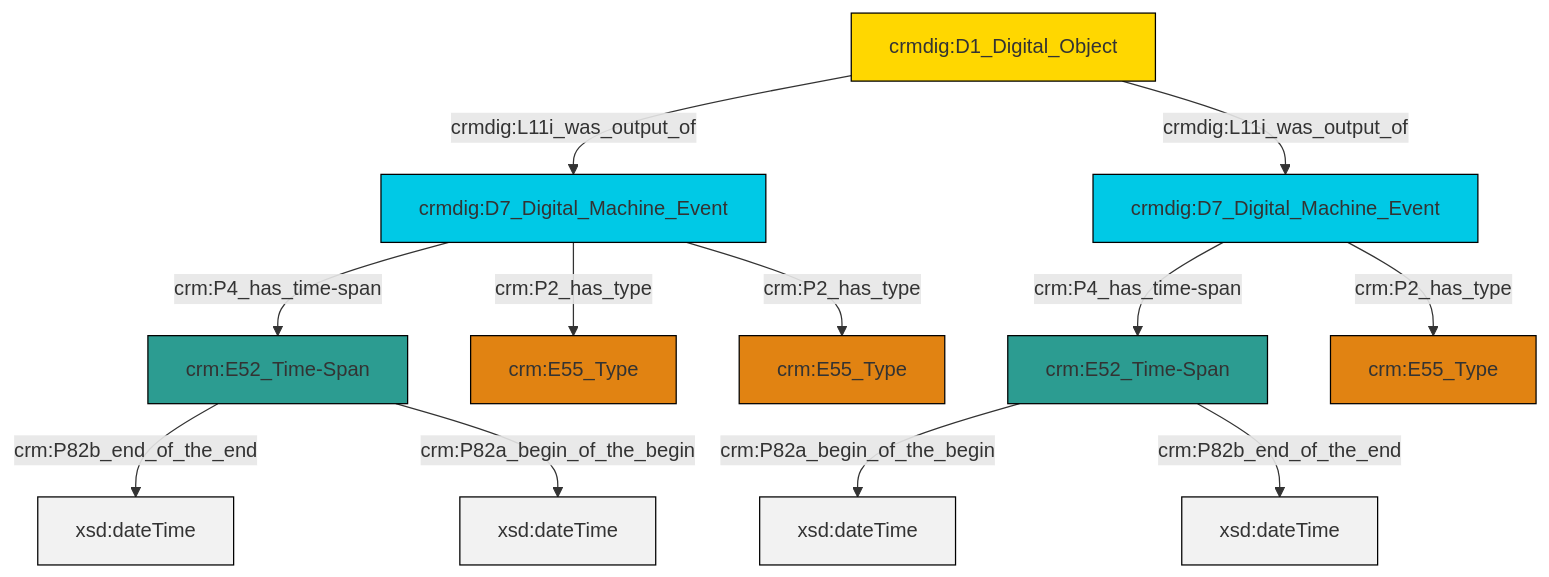
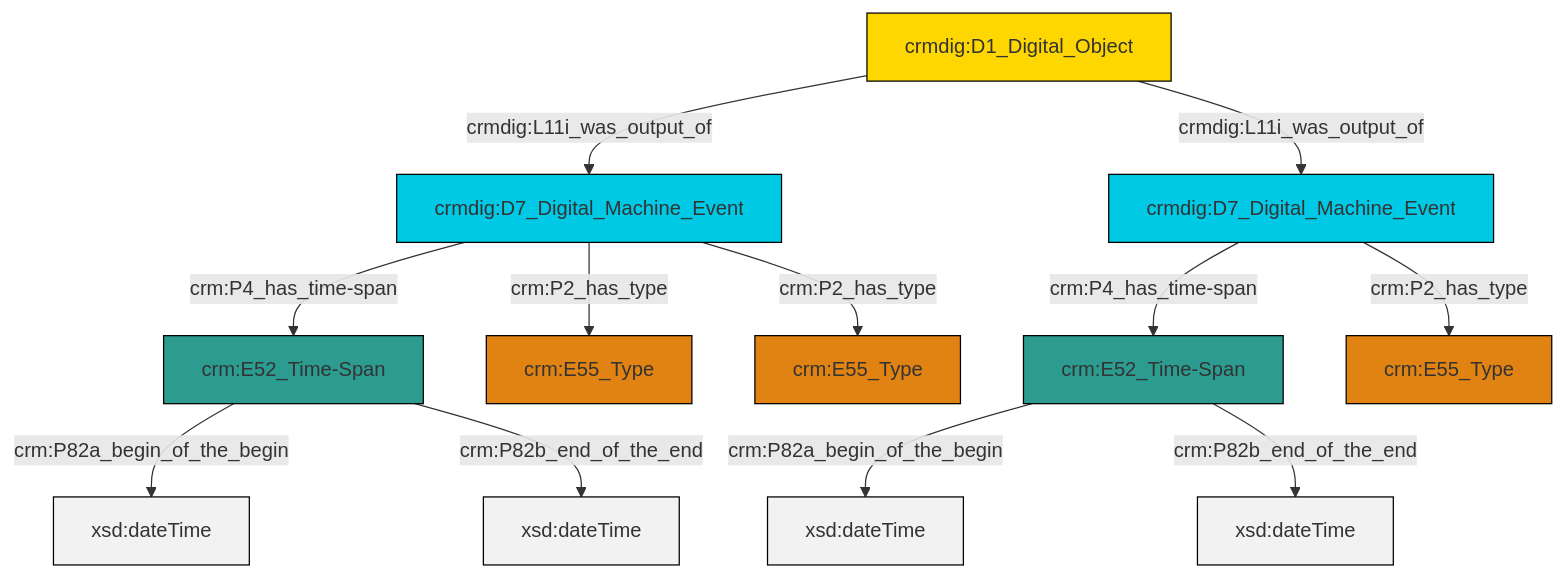
The diagram in et/doCSV/ttl/mmd/do_existence.ttl.mmd (swiss-art-research-net/docs.swissartresearch), drawn with Mermaid before and after one commit. The commit also changed 178 other files, not shown here.

```diff
--- a/et/doCSV/ttl/mmd/do_existence.ttl.mmd
+++ b/et/doCSV/ttl/mmd/do_existence.ttl.mmd
@@ -1,26 +1,26 @@
 graph TD
 classDef Literal fill:#f2f2f2,stroke:#000000;
 classDef CRM_Entity fill:#FFFFFF,stroke:#000000;
 classDef Temporal_Entity fill:#00C9E6, stroke:#000000;
 classDef Type fill:#E18312, stroke:#000000;
 classDef Time-Span fill:#2C9C91, stroke:#000000;
 classDef Appellation fill:#FFEB7F, stroke:#000000;
 classDef Place fill:#008836, stroke:#000000;
 classDef Persistent_Item fill:#B266B2, stroke:#000000;
 classDef Conceptual_Object fill:#FFD700, stroke:#000000;
 classDef Physical_Thing fill:#D2B48C, stroke:#000000;
 classDef Actor fill:#f58aad, stroke:#000000;
 classDef PC_Classes fill:#4ce600, stroke:#000000;
 classDef Multi fill:#cccccc,stroke:#000000;
 
-2["crm:E52_Time-Span"]:::Time-Span -->|crm:P82b_end_of_the_end| 3[xsd:dateTime]:::Literal
-11["crm:E52_Time-Span"]:::Time-Span -->|crm:P82a_begin_of_the_begin| 12[xsd:dateTime]:::Literal
-9["crmdig:D7_Digital_Machine_Event"]:::Temporal_Entity -->|crm:P4_has_time-span| 11["crm:E52_Time-Span"]:::Time-Span
-2["crm:E52_Time-Span"]:::Time-Span -->|crm:P82a_begin_of_the_begin| 17[xsd:dateTime]:::Literal
-9["crmdig:D7_Digital_Machine_Event"]:::Temporal_Entity -->|crm:P2_has_type| 0["crm:E55_Type"]:::Type
-4["crmdig:D1_Digital_Object"]:::Conceptual_Object -->|crmdig:L11i_was_output_of| 18["crmdig:D7_Digital_Machine_Event"]:::Temporal_Entity
-18["crmdig:D7_Digital_Machine_Event"]:::Temporal_Entity -->|crm:P4_has_time-span| 2["crm:E52_Time-Span"]:::Time-Span
-18["crmdig:D7_Digital_Machine_Event"]:::Temporal_Entity -->|crm:P2_has_type| 7["crm:E55_Type"]:::Type
-4["crmdig:D1_Digital_Object"]:::Conceptual_Object -->|crmdig:L11i_was_output_of| 9["crmdig:D7_Digital_Machine_Event"]:::Temporal_Entity
-18["crmdig:D7_Digital_Machine_Event"]:::Temporal_Entity -->|crm:P2_has_type| 15["crm:E55_Type"]:::Type
-11["crm:E52_Time-Span"]:::Time-Span -->|crm:P82b_end_of_the_end| 21[xsd:dateTime]:::Literal
+0["crm:E52_Time-Span"]:::Time-Span -->|crm:P82a_begin_of_the_begin| 1[xsd:dateTime]:::Literal
+4["crmdig:D7_Digital_Machine_Event"]:::Temporal_Entity -->|crm:P2_has_type| 5["crm:E55_Type"]:::Type
+4["crmdig:D7_Digital_Machine_Event"]:::Temporal_Entity -->|crm:P4_has_time-span| 6["crm:E52_Time-Span"]:::Time-Span
+0["crm:E52_Time-Span"]:::Time-Span -->|crm:P82b_end_of_the_end| 8[xsd:dateTime]:::Literal
+9["crmdig:D1_Digital_Object"]:::Conceptual_Object -->|crmdig:L11i_was_output_of| 4["crmdig:D7_Digital_Machine_Event"]:::Temporal_Entity
+6["crm:E52_Time-Span"]:::Time-Span -->|crm:P82a_begin_of_the_begin| 10[xsd:dateTime]:::Literal
+13["crmdig:D7_Digital_Machine_Event"]:::Temporal_Entity -->|crm:P4_has_time-span| 0["crm:E52_Time-Span"]:::Time-Span
+6["crm:E52_Time-Span"]:::Time-Span -->|crm:P82b_end_of_the_end| 15[xsd:dateTime]:::Literal
+13["crmdig:D7_Digital_Machine_Event"]:::Temporal_Entity -->|crm:P2_has_type| 11["crm:E55_Type"]:::Type
+9["crmdig:D1_Digital_Object"]:::Conceptual_Object -->|crmdig:L11i_was_output_of| 13["crmdig:D7_Digital_Machine_Event"]:::Temporal_Entity
+4["crmdig:D7_Digital_Machine_Event"]:::Temporal_Entity -->|crm:P2_has_type| 2["crm:E55_Type"]:::Type
```
